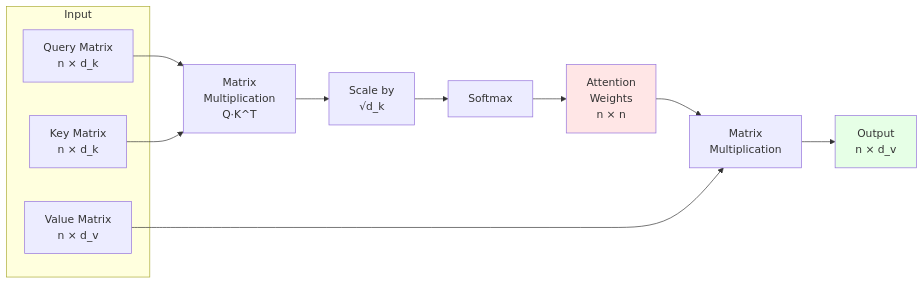
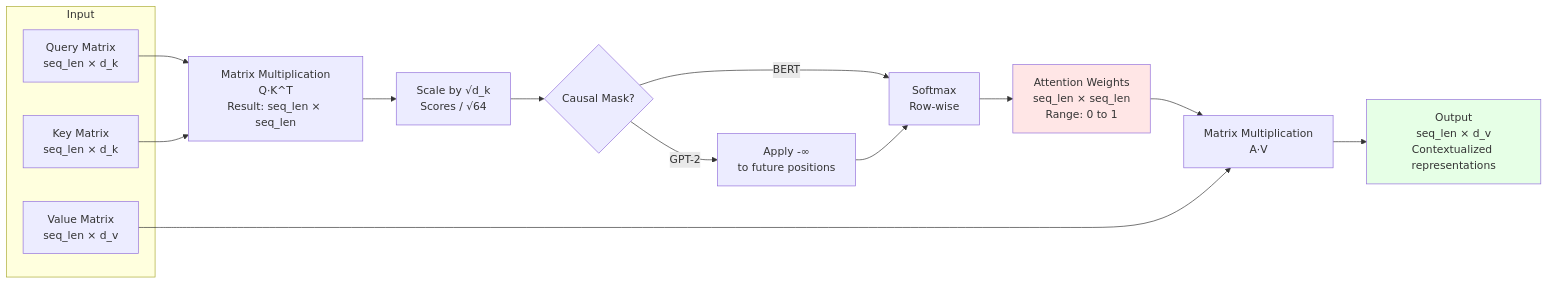
One commit to pinthoz/attention-atlas changed the third of 4 diagrams in ARCHITECTURE.md. Above: the diagram before and after it, drawn with Mermaid. The commit also changed other lines of this file and 13 other files, not shown here.

````diff
--- a/ARCHITECTURE.md
+++ b/ARCHITECTURE.md
@@ -95,23 +139,26 @@
 ```mermaid
 flowchart LR
     subgraph Input
-        Q[Query Matrix<br/>n × d_k]
-        K[Key Matrix<br/>n × d_k]
-        V[Value Matrix<br/>n × d_v]
+        Q[Query Matrix<br/>seq_len × d_k]
+        K[Key Matrix<br/>seq_len × d_k]
+        V[Value Matrix<br/>seq_len × d_v]
     end
 
-    Q --> Dot[Matrix<br/>Multiplication<br/>Q·K^T]
+    Q --> Dot[Matrix Multiplication<br/>Q·K^T<br/>Result: seq_len × seq_len]
     K --> Dot
 
-    Dot --> Scale[Scale by<br/>√d_k]
-    Scale --> SM[Softmax]
-    SM --> Att[Attention<br/>Weights<br/>n × n]
+    Dot --> Scale[Scale by √d_k<br/>Scores / √64]
+    Scale --> Mask{Causal Mask?}
+    Mask -->|GPT-2| MaskApply[Apply -∞<br/>to future positions]
+    Mask -->|BERT| SM[Softmax<br/>Row-wise]
+    MaskApply --> SM
+    SM --> Att[Attention Weights<br/>seq_len × seq_len<br/>Range: 0 to 1]
 
-    Att --> Mul[Matrix<br/>Multiplication]
+    Att --> Mul[Matrix Multiplication<br/>A·V]
     V --> Mul
 
-    Mul --> Out[Output<br/>n × d_v]
+    Mul --> Out[Output<br/>seq_len × d_v<br/>Contextualized representations]
 
     style Att fill:#ffe6e6
     style Out fill:#e6ffe6
 ```
````
